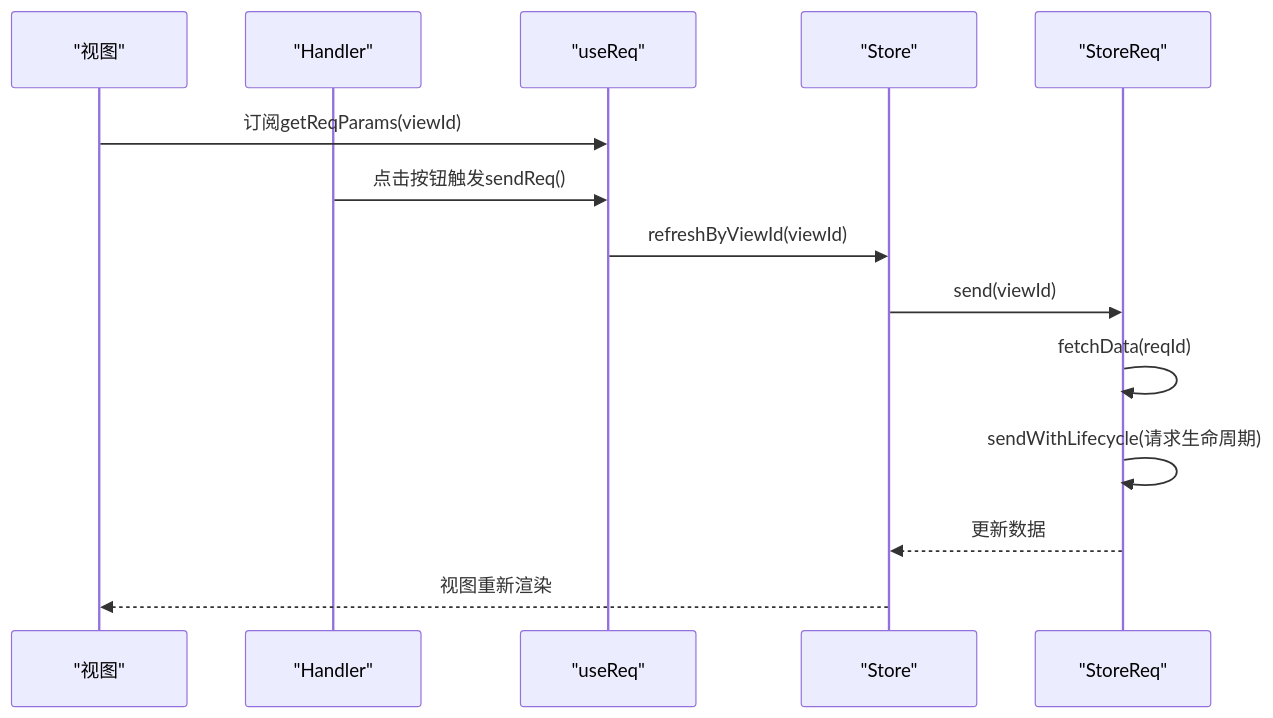
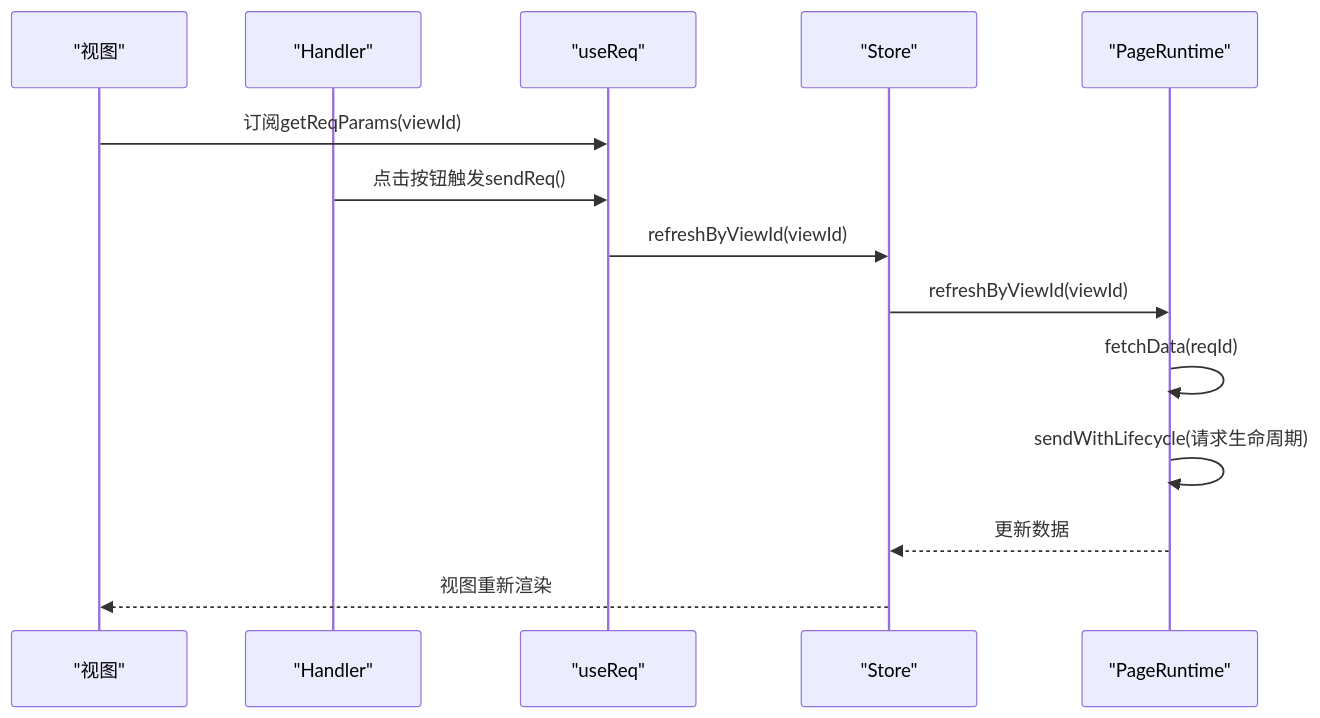
The seventh of 8 diagrams in .qoder/repowiki/zh/content/架构设计/数据流管理/请求生命周期.md (liqiongke/FrontArk), drawn with Mermaid before and after one commit. The commit also changed other lines of this file and 19 other files, not shown here.

````diff
--- a/.qoder/repowiki/zh/content/架构设计/数据流管理/请求生命周期.md
+++ b/.qoder/repowiki/zh/content/架构设计/数据流管理/请求生命周期.md
@@ -363,16 +351,16 @@
 ```mermaid
 sequenceDiagram
 participant V as "视图"
 participant H as "Handler"
 participant U as "useReq"
 participant S as "Store"
-participant R as "StoreReq"
+participant R as "PageRuntime"
 V->>U : 订阅getReqParams(viewId)
 H->>U : 点击按钮触发sendReq()
 U->>S : refreshByViewId(viewId)
-S->>R : send(viewId)
+S->>R : refreshByViewId(viewId)
 R->>R : fetchData(reqId)
 R->>R : sendWithLifecycle(请求生命周期)
 R-->>S : 更新数据
 S-->>V : 视图重新渲染
 ```
````
